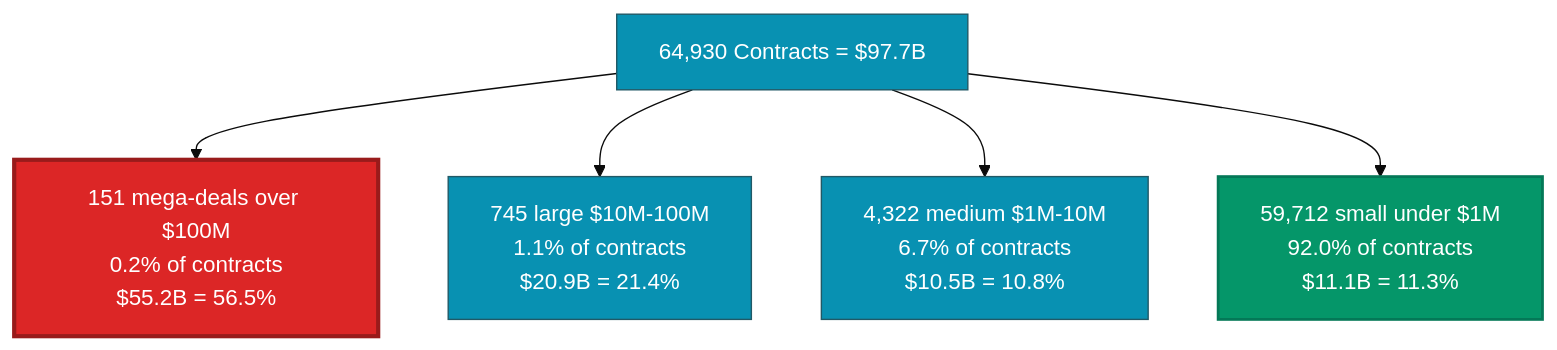
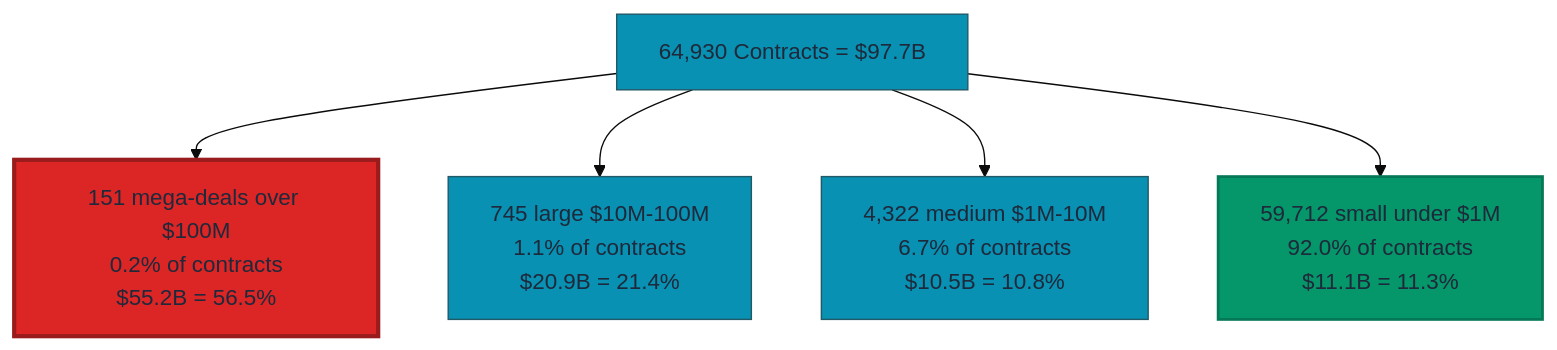
Before and after one commit to taxpayer-money/act-contracts: the second of 6 diagrams in federal-report.md, drawn with Mermaid. The commit also changed other lines of this file, not shown here.

First line of the commit message:
Fix federal report Mermaid legend colors

````diff
--- a/federal-report.md
+++ b/federal-report.md
@@ -22,10 +22,10 @@
 ```mermaid
-%%{init: {'theme':'base', 'themeVariables': { 'primaryColor':'#0891b2','primaryTextColor':'#fff'}}}%%
+%%{init: {'theme':'base', 'themeVariables': { 'primaryColor':'#0891b2','primaryTextColor':'#1e293b'}}}%%
 graph TD
     A[64,930 Contracts = $97.7B] --> B[151 mega-deals over $100M<br/>0.2% of contracts<br/>$55.2B = 56.5%]
     A --> C[745 large $10M-100M<br/>1.1% of contracts<br/>$20.9B = 21.4%]
     A --> D[4,322 medium $1M-10M<br/>6.7% of contracts<br/>$10.5B = 10.8%]
     A --> E[59,712 small under $1M<br/>92.0% of contracts<br/>$11.1B = 11.3%]
     style B fill:#dc2626,stroke:#991b1b,stroke-width:3px
     style E fill:#059669,stroke:#047857,stroke-width:2px
 ```
````
